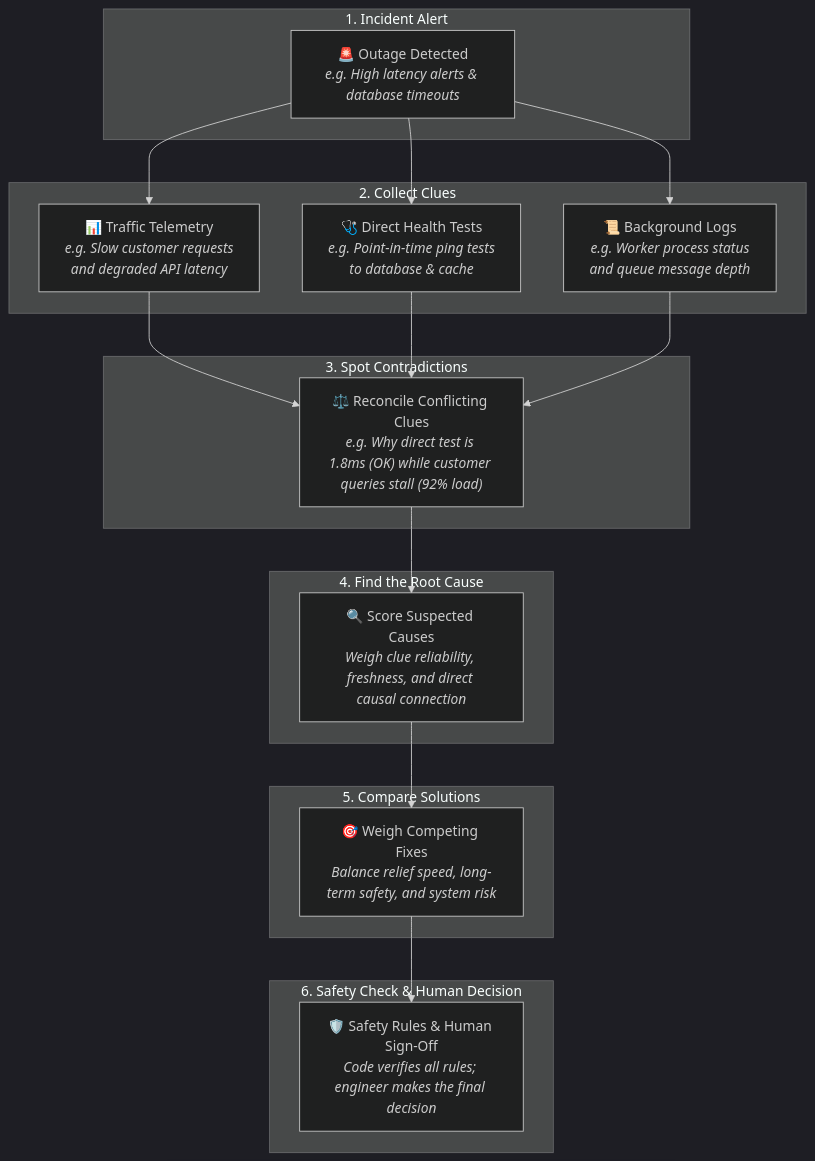
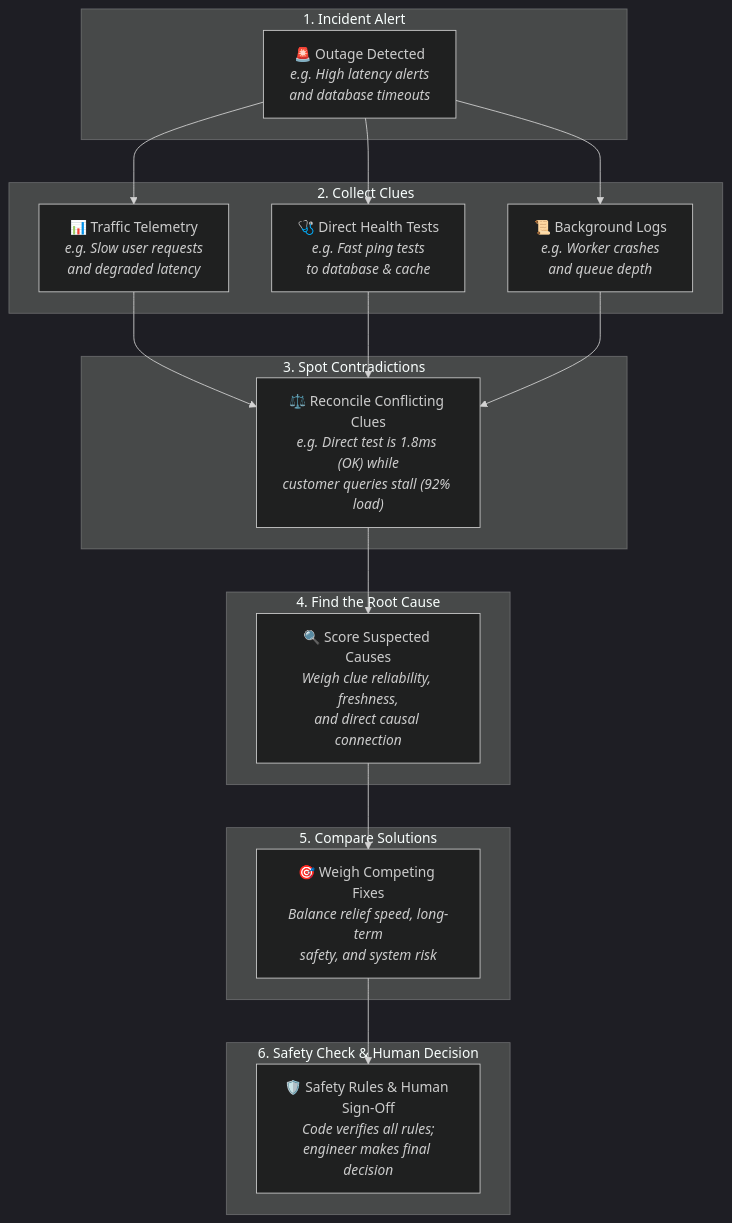
The second of 3 diagrams in README.md (AnasBabari/LEC_AI), drawn with Mermaid (dark theme) before and after one commit. The commit also changed other lines of this file, not shown here.

Commit message:
docs(readme): wrap long lines in Mermaid nodes based on multi-agent audit
- Wrapped S1, S2, S3, S5, S6 descriptions across balanced 2-line breaks to eliminate horizontal stretching.
- Wrapped Dashboard subtitle in Diagram 1 to prevent container over-expansion.
- Verified 100% compliance with GitHub Mermaid parser across desktop and mobile viewports.

````diff
--- a/README.md
+++ b/README.md
@@ -137,40 +137,40 @@
 ```mermaid
 flowchart TD
     subgraph S1["1. Incident Alert"]
-        Alert["🚨 Outage Detected<br/><i>e.g. High latency alerts & database timeouts</i>"]
+        Alert["🚨 Outage Detected<br/><i>e.g. High latency alerts<br/>and database timeouts</i>"]
     end
 
     subgraph S2["2. Collect Clues"]
-        Telemetry["📊 Traffic Telemetry<br/><i>e.g. Slow customer requests<br/>and degraded API latency</i>"]
-        Probes["🩺 Direct Health Tests<br/><i>e.g. Point-in-time ping tests<br/>to database & cache</i>"]
-        Logs["📜 Background Logs<br/><i>e.g. Worker process status<br/>and queue message depth</i>"]
+        Telemetry["📊 Traffic Telemetry<br/><i>e.g. Slow user requests<br/>and degraded latency</i>"]
+        Probes["🩺 Direct Health Tests<br/><i>e.g. Fast ping tests<br/>to database & cache</i>"]
+        Logs["📜 Background Logs<br/><i>e.g. Worker crashes<br/>and queue depth</i>"]
     end
 
     subgraph S3["3. Spot Contradictions"]
-        Tension["⚖️ Reconcile Conflicting Clues<br/><i>e.g. Why direct test is 1.8ms (OK) while customer queries stall (92% load)</i>"]
+        Tension["⚖️ Reconcile Conflicting Clues<br/><i>e.g. Direct test is 1.8ms (OK) while<br/>customer queries stall (92% load)</i>"]
     end
 
     subgraph S4["4. Find the Root Cause"]
-        Causes["🔍 Score Suspected Causes<br/><i>Weigh clue reliability, freshness, and direct causal connection</i>"]
+        Causes["🔍 Score Suspected Causes<br/><i>Weigh clue reliability, freshness,<br/>and direct causal connection</i>"]
     end
 
     subgraph S5["5. Compare Solutions"]
-        Repairs["🎯 Weigh Competing Fixes<br/><i>Balance relief speed, long-term safety, and system risk</i>"]
+        Repairs["🎯 Weigh Competing Fixes<br/><i>Balance relief speed, long-term<br/>safety, and system risk</i>"]
     end
 
     subgraph S6["6. Safety Check & Human Decision"]
-        Approval["🛡️ Safety Rules & Human Sign-Off<br/><i>Code verifies all rules; engineer makes the final decision</i>"]
+        Approval["🛡️ Safety Rules & Human Sign-Off<br/><i>Code verifies all rules;<br/>engineer makes final decision</i>"]
     end
 
     Alert --> Telemetry
     Alert --> Probes
     Alert --> Logs
 
     Telemetry --> Tension
     Probes --> Tension
     Logs --> Tension
 
     Tension --> Causes
     Causes --> Repairs
     Repairs --> Approval
 ```
````
